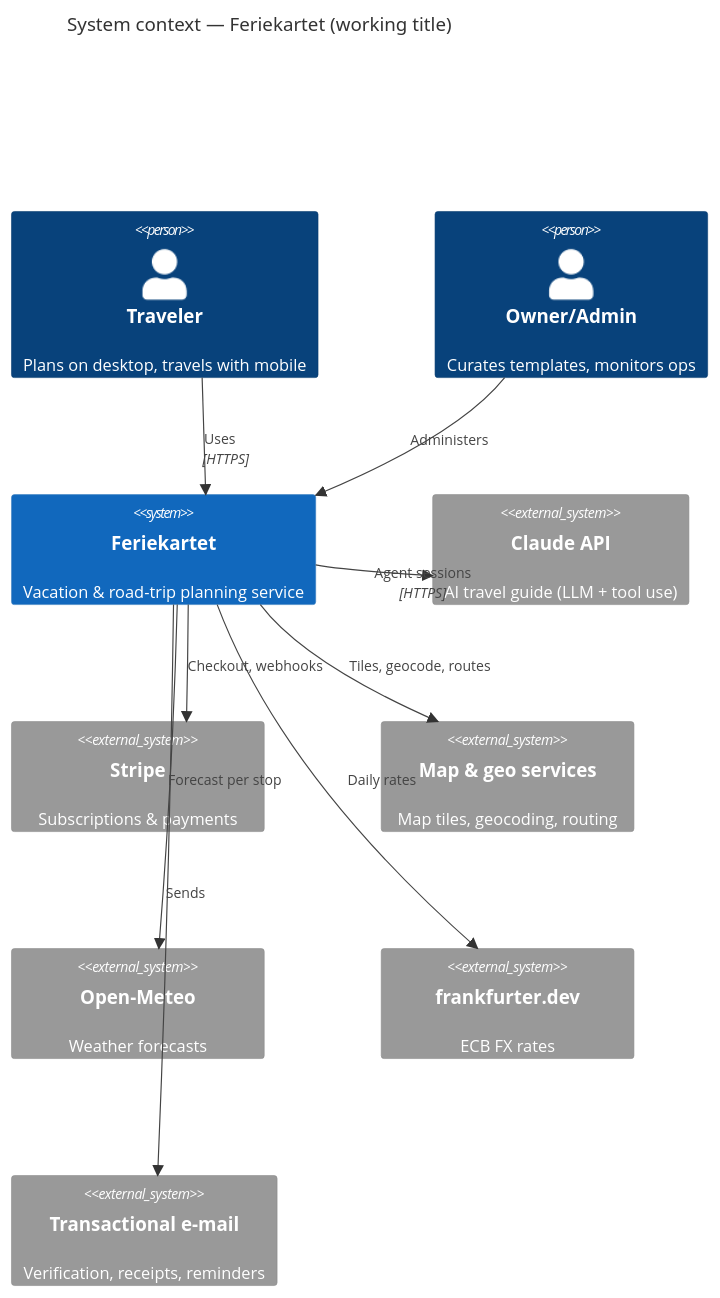
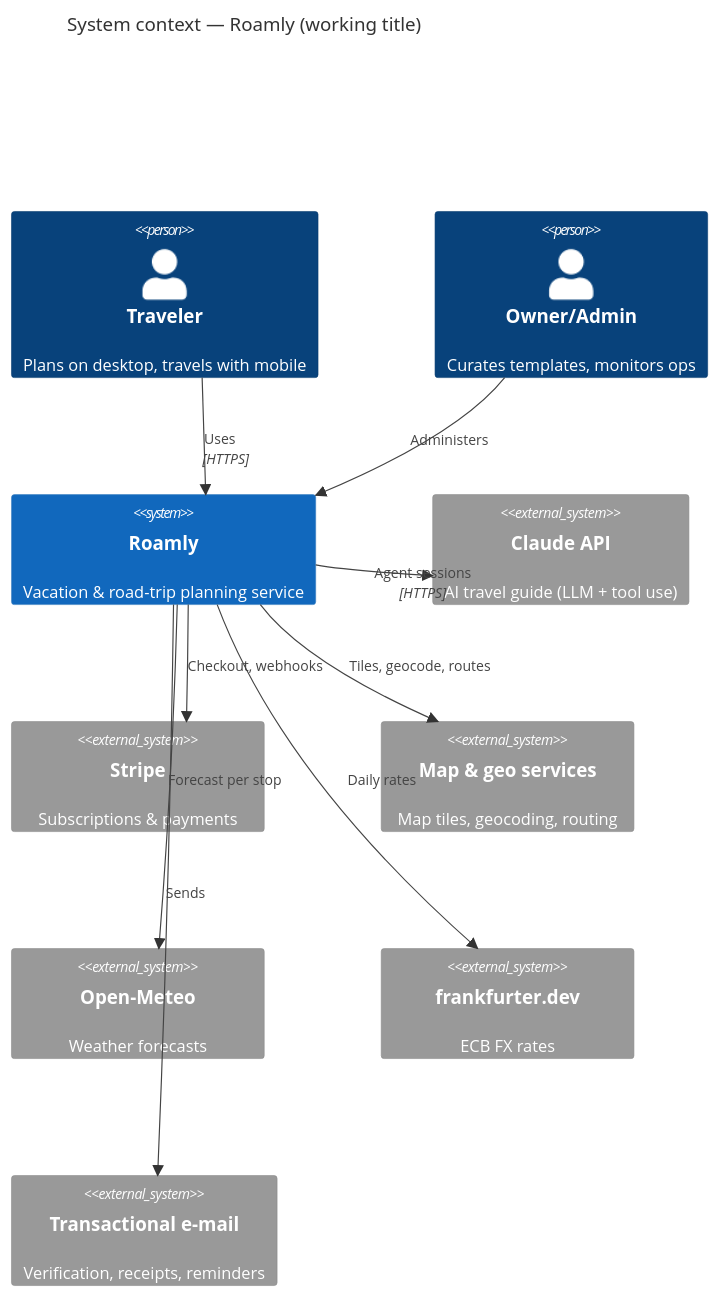
The first of 2 diagrams in product_plan/04-architecture.md (arnego/sommerferie2026), drawn with Mermaid before and after one commit. The commit also changed other lines of this file and 24 other files, not shown here.

````diff
--- a/product_plan/04-architecture.md
+++ b/product_plan/04-architecture.md
@@ -11,21 +11,21 @@
 ```mermaid
 C4Context
-    title System context — Feriekartet (working title)
+    title System context — Roamly (working title)
     Person(user, "Traveler", "Plans on desktop, travels with mobile")
     Person(owner, "Owner/Admin", "Curates templates, monitors ops")
-    System(fk, "Feriekartet", "Vacation & road-trip planning service")
+    System(fk, "Roamly", "Vacation & road-trip planning service")
     System_Ext(claude, "Claude API", "AI travel guide (LLM + tool use)")
     System_Ext(stripe, "Stripe", "Subscriptions & payments")
     System_Ext(osm, "Map & geo services", "Map tiles, geocoding, routing")
     System_Ext(meteo, "Open-Meteo", "Weather forecasts")
     System_Ext(fx, "frankfurter.dev", "ECB FX rates")
     System_Ext(mail, "Transactional e-mail", "Verification, receipts, reminders")
     Rel(user, fk, "Uses", "HTTPS")
     Rel(owner, fk, "Administers")
     Rel(fk, claude, "Agent sessions", "HTTPS")
     Rel(fk, stripe, "Checkout, webhooks")
     Rel(fk, osm, "Tiles, geocode, routes")
     Rel(fk, meteo, "Forecast per stop")
     Rel(fk, fx, "Daily rates")
     Rel(fk, mail, "Sends")
 ```
````
